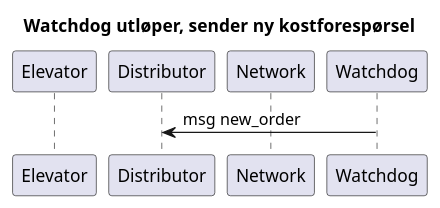
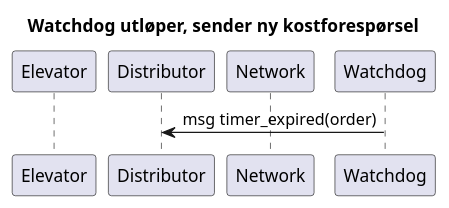
Before and after one commit to bjornksa/TTK4145: the diagram in uml-mm/internal_elev_sequence_3.iuml, drawn with PlantUML. The commit also changed 1 other file, not shown here.

```diff
--- a/uml-mm/internal_elev_sequence_3.iuml
+++ b/uml-mm/internal_elev_sequence_3.iuml
@@ -1,13 +1,13 @@
 @startuml Internal elevator sequence
 !pragma teoz true
 
 title Watchdog utløper, sender ny kostforespørsel
 
 participant Elevator
 participant Distributor
 participant Network
 participant Watchdog
 
-Distributor <- Watchdog: msg new_order
+Distributor <- Watchdog: msg timer_expired(order)
 
 @enduml
```
